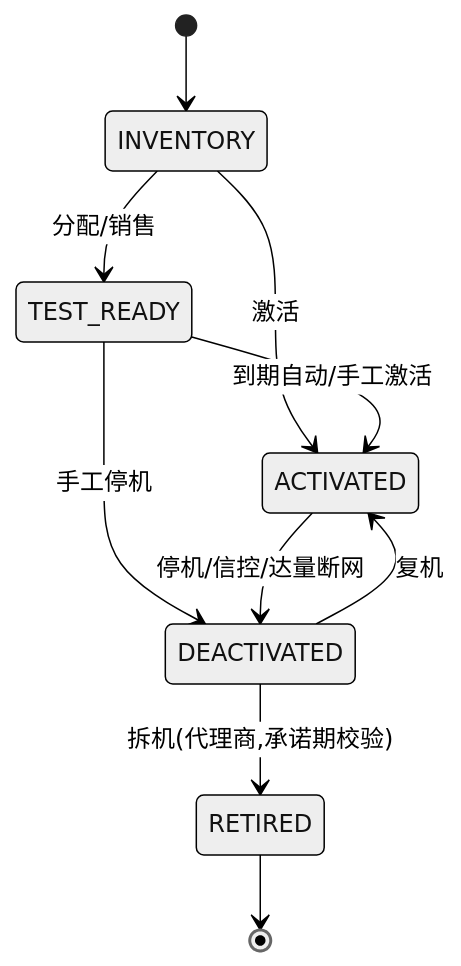
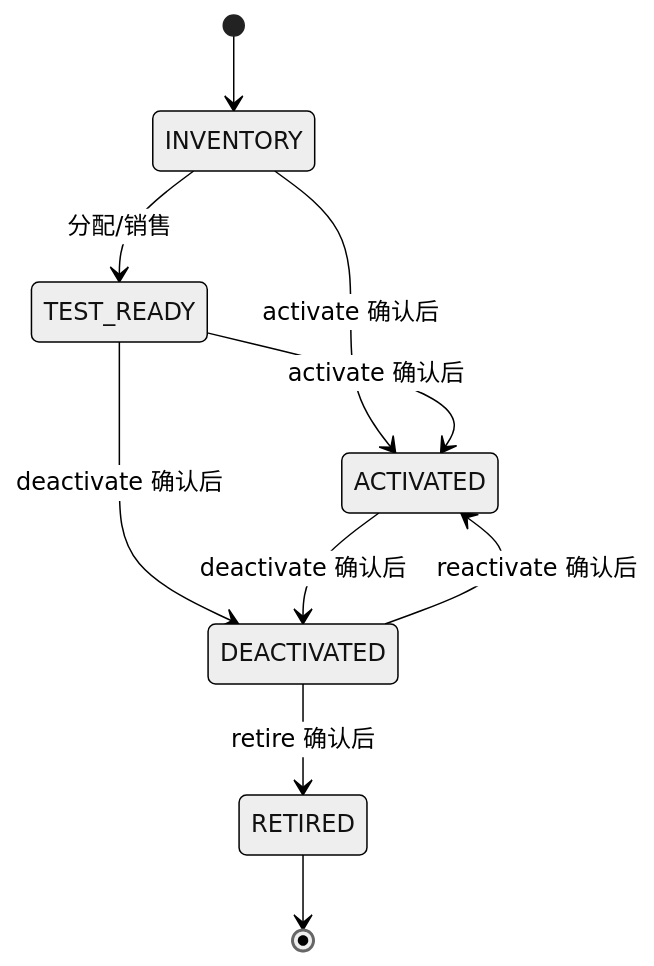
Before and after one commit to Stewart-Yang-85/CMP: the fifth of 16 diagrams in specs/20260208-iot-cmp-reseller/technical-design.md, drawn with Mermaid (neutral theme). The commit also changed other lines of this file and 404 other files, not shown here.

````diff
--- a/specs/20260208-iot-cmp-reseller/technical-design.md
+++ b/specs/20260208-iot-cmp-reseller/technical-design.md
@@ -1110,12 +1112,12 @@
 ```mermaid
 stateDiagram-v2
     [*] --> INVENTORY
     INVENTORY --> TEST_READY : 分配/销售
-    INVENTORY --> ACTIVATED : 激活
-    TEST_READY --> ACTIVATED : 到期自动/手工激活
-    TEST_READY --> DEACTIVATED : 手工停机
-    ACTIVATED --> DEACTIVATED : 停机/信控/达量断网
-    DEACTIVATED --> ACTIVATED : 复机
-    DEACTIVATED --> RETIRED : 拆机(代理商,承诺期校验)
+    INVENTORY --> ACTIVATED : activate 确认后
+    TEST_READY --> ACTIVATED : activate 确认后
+    TEST_READY --> DEACTIVATED : deactivate 确认后
+    ACTIVATED --> DEACTIVATED : deactivate 确认后
+    DEACTIVATED --> ACTIVATED : reactivate 确认后
+    DEACTIVATED --> RETIRED : retire 确认后
     RETIRED --> [*]
 ```
````
